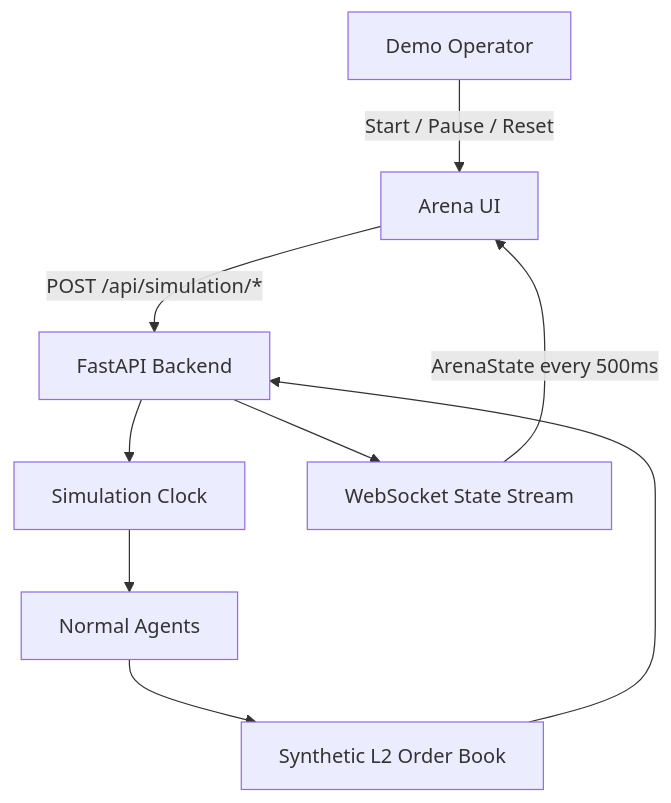
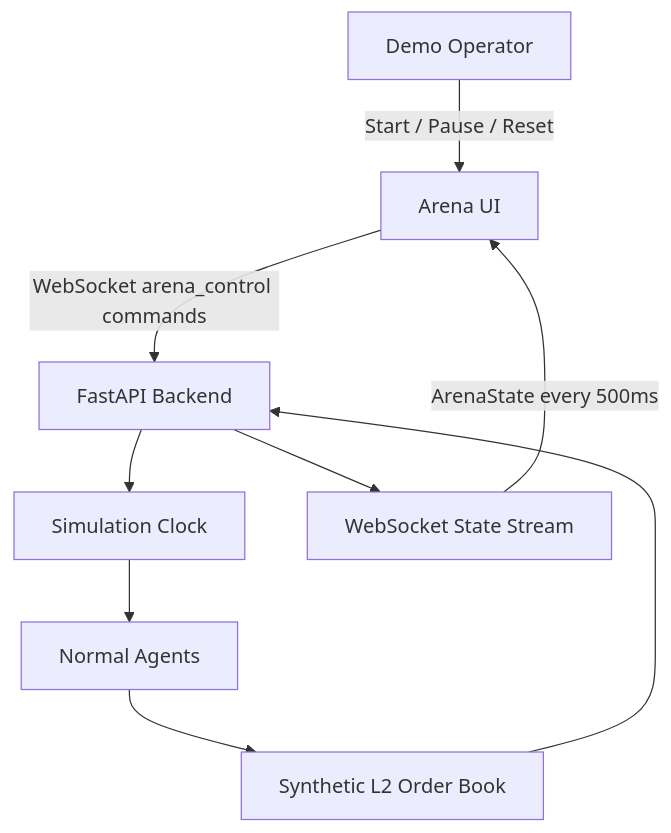
The third of 10 diagrams in docs/USE_CASES.md (khab40/aimada), drawn with Mermaid before and after one commit. The commit also changed other lines of this file and 32 other files, not shown here.

````diff
--- a/docs/USE_CASES.md
+++ b/docs/USE_CASES.md
@@ -116,19 +116,19 @@
 ```mermaid
 graph TD
     Actor["Demo Operator"]
     UI["Arena UI"]
     Backend["FastAPI Backend"]
     Clock["Simulation Clock"]
     Agents["Normal Agents"]
     Exchange["Synthetic L2 Order Book"]
     Stream["WebSocket State Stream"]
 
     Actor -->|"Start / Pause / Reset"| UI
-    UI -->|"POST /api/simulation/*"| Backend
+    UI -->|"WebSocket arena_control commands"| Backend
     Backend --> Clock
     Clock --> Agents
     Agents --> Exchange
     Exchange --> Backend
     Backend --> Stream
     Stream -->|"ArenaState every 500ms"| UI
 ```
````
